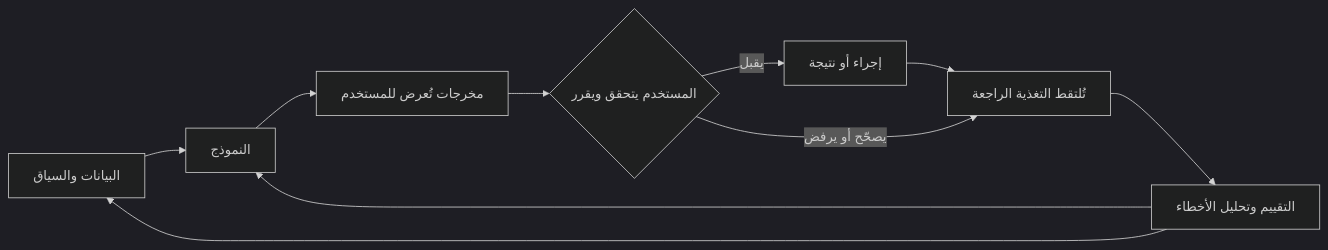
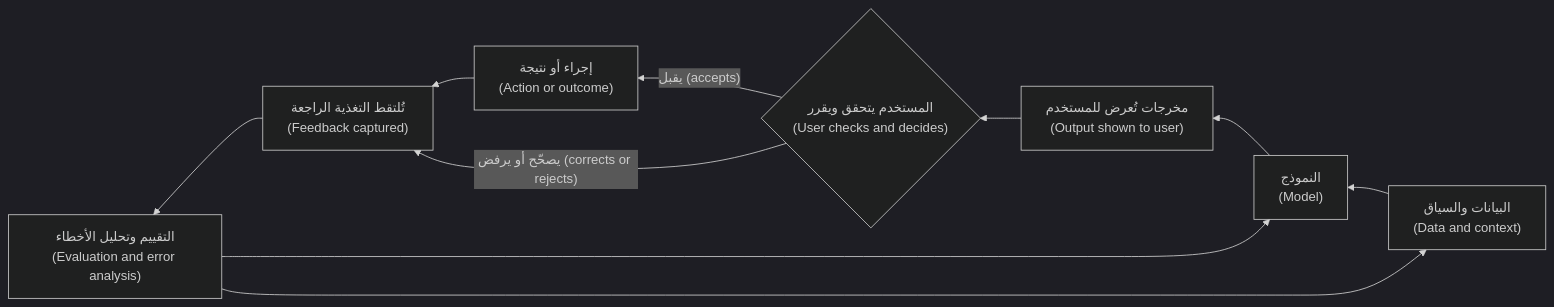
The second of 3 diagrams in aipm/modules/00-orientation.ar.md (Tamoura/system-design-for-vibe-coders), drawn with Mermaid (dark theme) before and after one commit. The commit also changed other lines of this file and 9 other files, not shown here.

First line of the commit message:
AI PM course (AR): right-to-left diagrams with English labels

````diff
--- a/aipm/modules/00-orientation.ar.md
+++ b/aipm/modules/00-orientation.ar.md
@@ -316,12 +316,12 @@
 ```mermaid
-flowchart LR
-    A["البيانات والسياق"] --> B["النموذج"]
-    B --> C["مخرجات تُعرض للمستخدم"]
-    C --> D{"المستخدم يتحقق ويقرر"}
-    D -- "يقبل" --> E["إجراء أو نتيجة"]
-    D -- "يصحّح أو يرفض" --> F["تُلتقط التغذية الراجعة"]
+flowchart RL
+    A["البيانات والسياق<br/>(Data and context)"] --> B["النموذج<br/>(Model)"]
+    B --> C["مخرجات تُعرض للمستخدم<br/>(Output shown to user)"]
+    C --> D{"المستخدم يتحقق ويقرر<br/>(User checks and decides)"}
+    D -- "يقبل (accepts)" --> E["إجراء أو نتيجة<br/>(Action or outcome)"]
+    D -- "يصحّح أو يرفض (corrects or rejects)" --> F["تُلتقط التغذية الراجعة<br/>(Feedback captured)"]
     E --> F
-    F --> G["التقييم وتحليل الأخطاء"]
+    F --> G["التقييم وتحليل الأخطاء<br/>(Evaluation and error analysis)"]
     G --> A
     G --> B
 ```
````
